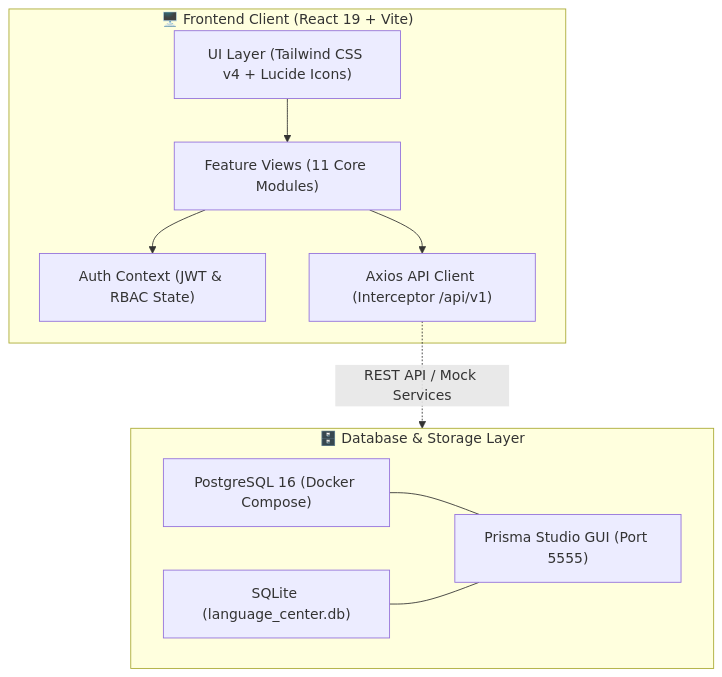
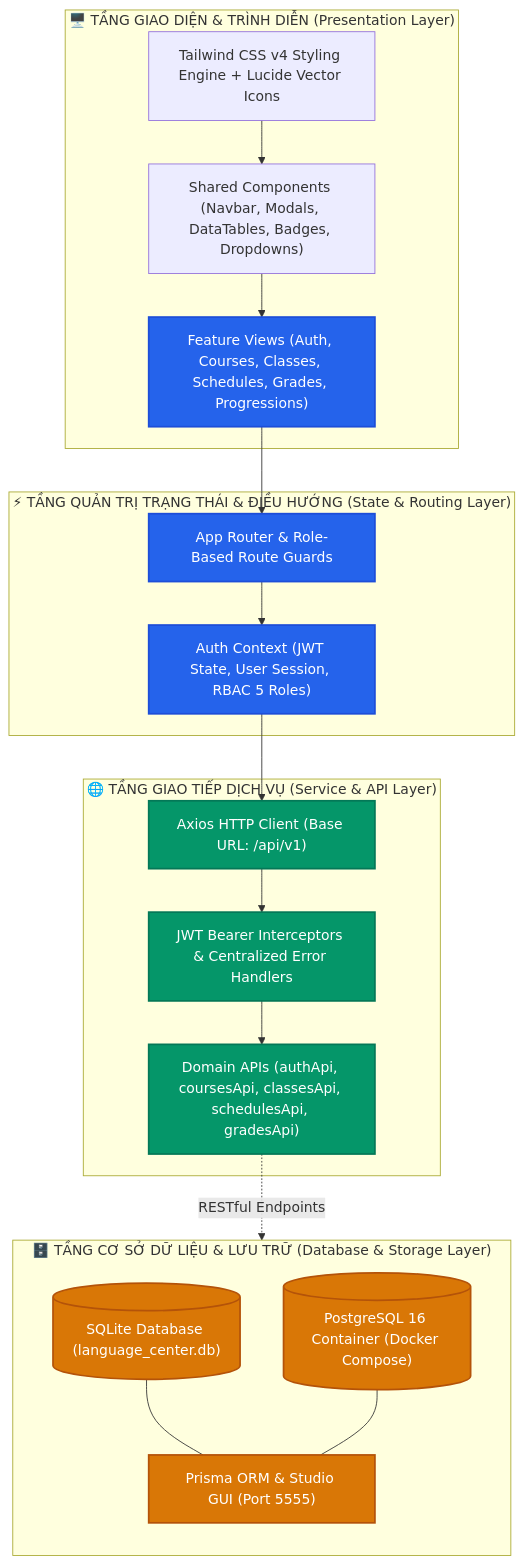
Before and after one commit to tenki1612/SMART-EDU-VER2: the diagram in README.md, drawn with Mermaid. The commit also changed other lines of this file, not shown here.

Commit message:
docs: remove sections 3 and 4, revamp system architecture and update project overview in README.md

````diff
--- a/README.md
+++ b/README.md
@@ -28,22 +29,44 @@
 ```mermaid
-graph TD
-    subgraph Client["🖥️ Frontend Client (React 19 + Vite)"]
-        UI["UI Layer (Tailwind CSS v4 + Lucide Icons)"]
-        Views["Feature Views (11 Core Modules)"]
-        AuthCtx["Auth Context (JWT & RBAC State)"]
-        ApiClient["Axios API Client (Interceptor /api/v1)"]
-        UI --> Views
-        Views --> AuthCtx
-        Views --> ApiClient
+flowchart TD
+    subgraph UI_Layer["🖥️ TẦNG GIAO DIỆN & TRÌNH DIỄN (Presentation Layer)"]
+        Components["Shared Components (Navbar, Modals, DataTables, Badges, Dropdowns)"]
+        Views["Feature Views (Auth, Courses, Classes, Schedules, Grades, Progressions)"]
+        Styling["Tailwind CSS v4 Styling Engine + Lucide Vector Icons"]
+        Components --> Views
+        Styling --> Components
     end
 
-    subgraph DatabaseLayer["🗄️ Database & Storage Layer"]
-        PG["PostgreSQL 16 (Docker Compose)"]
-        SQLite["SQLite (language_center.db)"]
-        PrismaStudio["Prisma Studio GUI (Port 5555)"]
+    subgraph State_Layer["⚡ TẦNG QUẢN TRỊ TRẠNG THÁI & ĐIỀU HƯỚNG (State & Routing Layer)"]
+        Router["App Router & Role-Based Route Guards"]
+        AuthContext["Auth Context (JWT State, User Session, RBAC 5 Roles)"]
+        Views --> Router
+        Router --> AuthContext
     end
 
-    ApiClient -.->|"REST API / Mock Services"| DatabaseLayer
-    PG --- PrismaStudio
-    SQLite --- PrismaStudio
+    subgraph Service_Layer["🌐 TẦNG GIAO TIẾP DỊCH VỤ (Service & API Layer)"]
+        AxiosClient["Axios HTTP Client (Base URL: /api/v1)"]
+        Interceptors["JWT Bearer Interceptors & Centralized Error Handlers"]
+        APIModules["Domain APIs (authApi, coursesApi, classesApi, schedulesApi, gradesApi)"]
+        AuthContext --> AxiosClient
+        AxiosClient --> Interceptors
+        Interceptors --> APIModules
+    end
+
+    subgraph Database_Layer["🗄️ TẦNG CƠ SỞ DỮ LIỆU & LƯU TRỮ (Database & Storage Layer)"]
+        direction TB
+        SQLiteDB[("SQLite Database (language_center.db)")]
+        PostgresDB[("PostgreSQL 16 Container (Docker Compose)")]
+        PrismaStudio["Prisma ORM & Studio GUI (Port 5555)"]
+        SQLiteDB --- PrismaStudio
+        PostgresDB --- PrismaStudio
+    end
+
+    APIModules -.->|"RESTful Endpoints"| Database_Layer
+
+    classDef primary fill:#2563EB,stroke:#1D4ED8,stroke-width:2px,color:#fff;
+    classDef secondary fill:#059669,stroke:#047857,stroke-width:2px,color:#fff;
+    classDef storage fill:#D97706,stroke:#B45309,stroke-width:2px,color:#fff;
+    class Views,Router,AuthContext primary;
+    class AxiosClient,Interceptors,APIModules secondary;
+    class SQLiteDB,PostgresDB,PrismaStudio storage;
 ```
````
